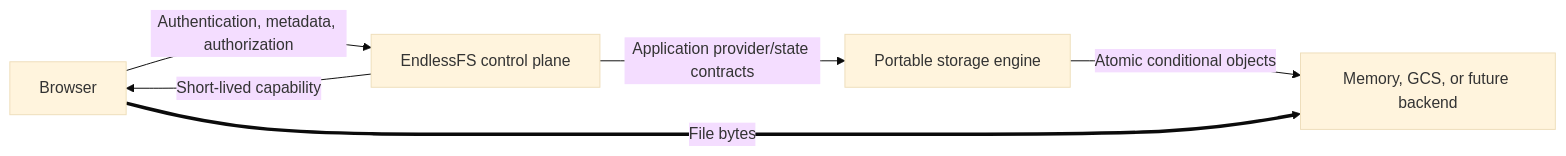
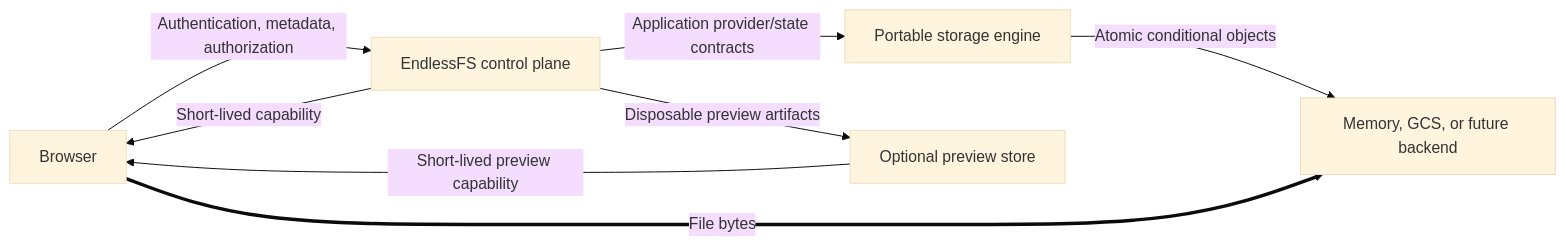
Before and after one commit to applyinnovations/EndlessFS: the diagram in README.md, drawn with Mermaid (base theme). The commit also changed other lines of this file and 79 other files, not shown here.

````diff
--- a/README.md
+++ b/README.md
@@ -24,8 +27,10 @@
 ```mermaid
 flowchart LR
     B["Browser"] -->|"Authentication, metadata, authorization"| C["EndlessFS control plane"]
     C -->|"Application provider/state contracts"| E["Portable storage engine"]
     E -->|"Atomic conditional objects"| P["Memory, GCS, or future backend"]
     C -->|"Short-lived capability"| B
     B ==>|"File bytes"| P
+    C -->|"Disposable preview artifacts"| V["Optional preview store"]
+    V -->|"Short-lived preview capability"| B
 ```
````
